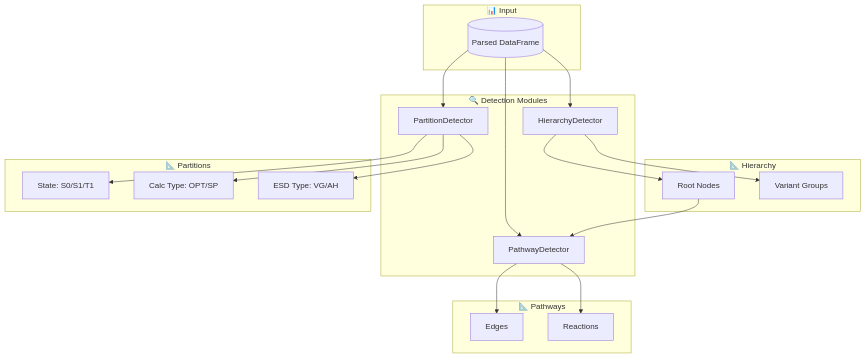
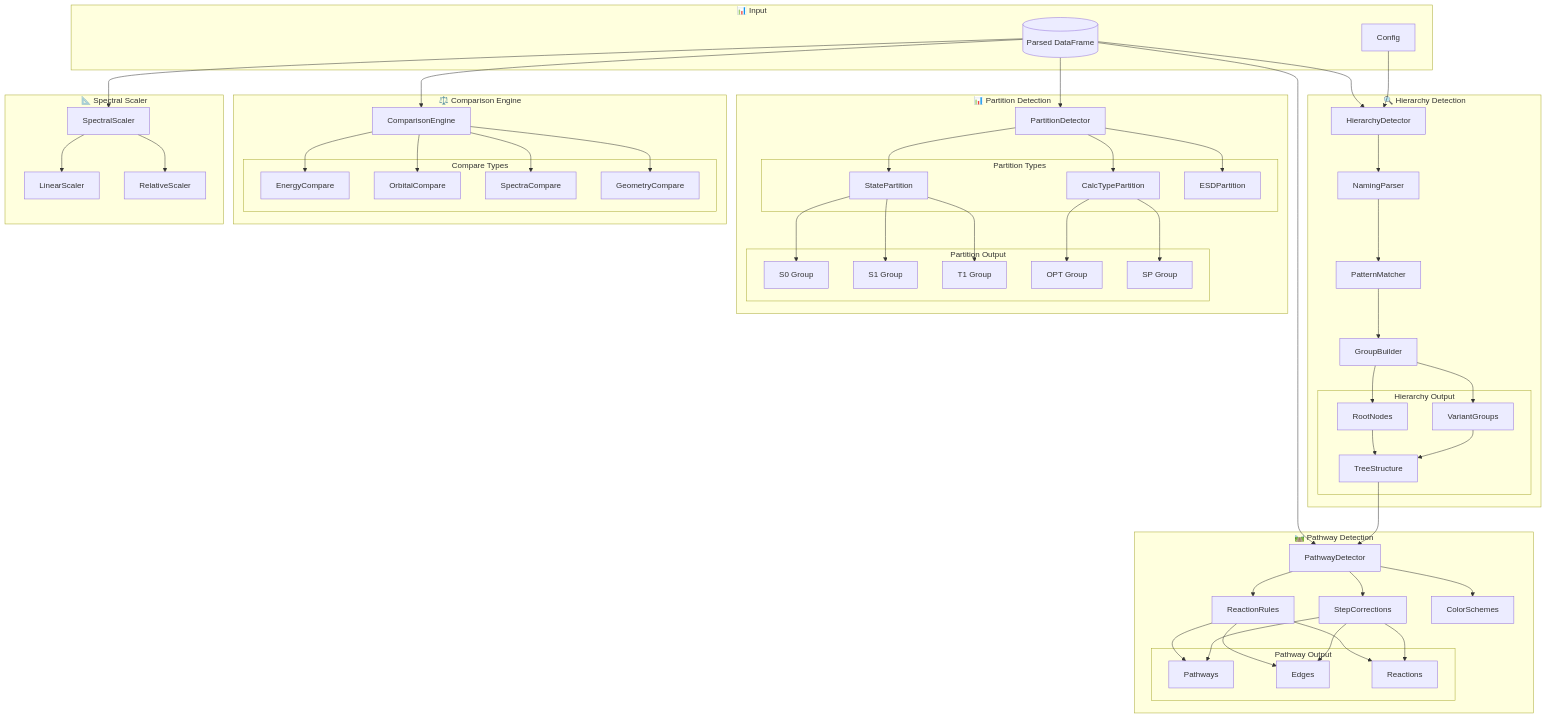
One commit to jauharmz/Orca_Files changed the third of 7 diagrams in README.md. Above: the diagram before and after it, drawn with Mermaid. The commit also changed other lines of this file and 4 other files, not shown here.

Commit message:
feat: add `requirements.txt` and enhance `README.md` with logging, detailed feature descriptions, and comprehensive architectural diagrams.

````diff
--- a/README.md
+++ b/README.md
@@ -77,31 +231,87 @@
 graph TB
     subgraph "📊 Input"
         DF[(Parsed DataFrame)]
+        CFG[Config]
     end
     
-    subgraph "🔍 Detection Modules"
+    subgraph "🔍 Hierarchy Detection"
         HD[HierarchyDetector]
-        PRT[PartitionDetector]
-        PD[PathwayDetector]
+        NP[NamingParser]
+        PT[PatternMatcher]
+        GB[GroupBuilder]
+        
+        subgraph "Hierarchy Output"
+            RT[RootNodes]
+            VR[VariantGroups]
+            TR[TreeStructure]
+        end
     end
     
-    subgraph "📐 Hierarchy"
-        H1[Root Nodes]
-        H2[Variant Groups]
+    subgraph "📊 Partition Detection"
+        PRT[PartitionDetector]
+        
+        subgraph "Partition Types"
+            PS[StatePartition]
+            PC[CalcTypePartition]
+            PE[ESDPartition]
+        end
+        
+        subgraph "Partition Output"
+            S0[S0 Group]
+            S1[S1 Group]
+            T1[T1 Group]
+            OPT[OPT Group]
+            SP[SP Group]
+        end
     end
     
-    subgraph "📐 Partitions"
-        P1[State: S0/S1/T1]
-        P2[Calc Type: OPT/SP]
-        P3[ESD Type: VG/AH]
+    subgraph "🛤️ Pathway Detection"
+        PWD[PathwayDetector]
+        RR[ReactionRules]
+        SC[StepCorrections]
+        CS[ColorSchemes]
+        
+        subgraph "Pathway Output"
+            PW[Pathways]
+            ED[Edges]
+            RX[Reactions]
+        end
     end
     
-    subgraph "📐 Pathways"
-        PW1[Edges]
-        PW2[Reactions]
+    subgraph "⚖️ Comparison Engine"
+        CE[ComparisonEngine]
+        
+        subgraph "Compare Types"
+            CEN[EnergyCompare]
+            COR[OrbitalCompare]
+            CSP[SpectraCompare]
+            CGE[GeometryCompare]
+        end
     end
     
-    DF --> HD --> H1 & H2
-    DF --> PRT --> P1 & P2 & P3
-    DF & H1 --> PD --> PW1 & PW2
+    subgraph "📐 Spectral Scaler"
+        SS[SpectralScaler]
+        LS[LinearScaler]
+        RS[RelativeScaler]
+    end
+    
+    DF & CFG --> HD
+    HD --> NP --> PT --> GB
+    GB --> RT & VR --> TR
+    
+    DF --> PRT
+    PRT --> PS & PC & PE
+    PS --> S0 & S1 & T1
+    PC --> OPT & SP
+    
+    DF & TR --> PWD
+    PWD --> RR & SC
+    RR & SC --> PW & ED & RX
+    PWD --> CS
+    
+    DF --> CE
+    CE --> CEN & COR & CSP & CGE
+    
+    DF --> SS
+    SS --> LS & RS
 ```
````
